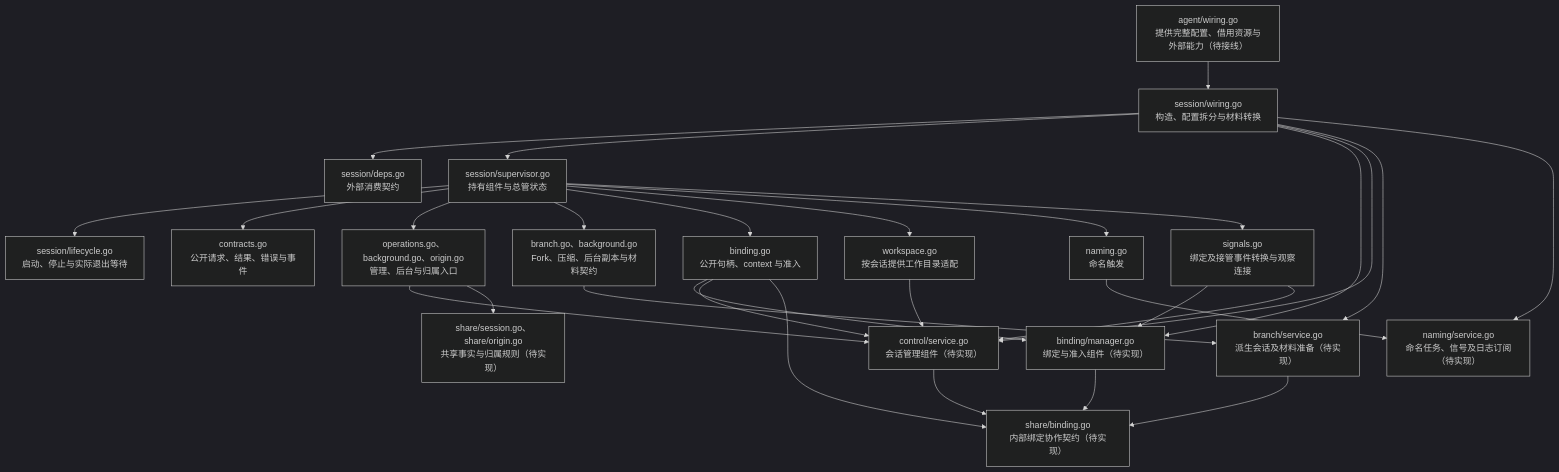
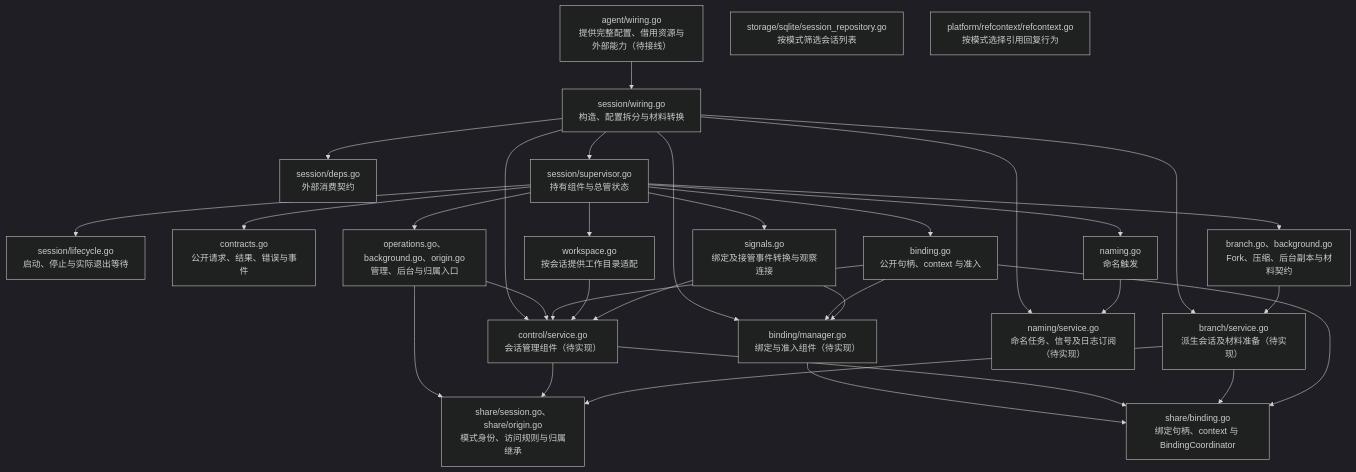
One commit to Elflare/elbot changed the seventh of 7 diagrams in devdocs/app-design.md. Above: the diagram before and after it, drawn with Mermaid (dark theme). The commit also changed other lines of this file and 18 other files, not shown here.

````diff
--- a/devdocs/app-design.md
+++ b/devdocs/app-design.md
@@ -382,26 +386,29 @@
 ```mermaid
 flowchart TD
     A["agent/wiring.go<br/>提供完整配置、借用资源与外部能力（待接线）"] --> W["session/wiring.go<br/>构造、配置拆分与材料转换"]
     W --> D["session/deps.go<br/>外部消费契约"]
     W --> S["session/supervisor.go<br/>持有组件与总管状态"]
     S --> L["session/lifecycle.go<br/>启动、停止与实际退出等待"]
     W --> B["binding/manager.go<br/>绑定与准入组件（待实现）"]
     W --> C["control/service.go<br/>会话管理组件（待实现）"]
     W --> R["branch/service.go<br/>派生会话及材料准备（待实现）"]
     W --> N["naming/service.go<br/>命名任务、信号及日志订阅（待实现）"]
-    B & C & R --> H["share/binding.go<br/>内部绑定协作契约（待实现）"]
+    B & C & R --> H["share/binding.go<br/>绑定句柄、context 与 BindingCoordinator"]
     S --> API["contracts.go<br/>公开请求、结果、错误与事件"]
     S --> O["operations.go、background.go、origin.go<br/>管理、后台与归属入口"]
     O --> C
-    O --> F["share/session.go、share/origin.go<br/>共享事实与归属规则（待实现）"]
+    O --> F["share/session.go、share/origin.go<br/>模式身份、访问规则与归属继承"]
+    C & R --> F
+    DB["storage/sqlite/session_repository.go<br/>按模式筛选会话列表"]
+    REF["platform/refcontext/refcontext.go<br/>按模式选择引用回复行为"]
     S --> P["branch.go、background.go<br/>Fork、压缩、后台副本与材料契约"]
     P --> R
     S --> BC["binding.go<br/>公开句柄、context 与准入"]
     BC --> B & C & H
     S --> WS["workspace.go<br/>按会话提供工作目录适配"]
     WS --> C
     S --> NT["naming.go<br/>命名触发"]
     NT --> N
     S --> E["signals.go<br/>绑定及接管事件转换与观察连接"]
     E --> B & C
 ```
````
